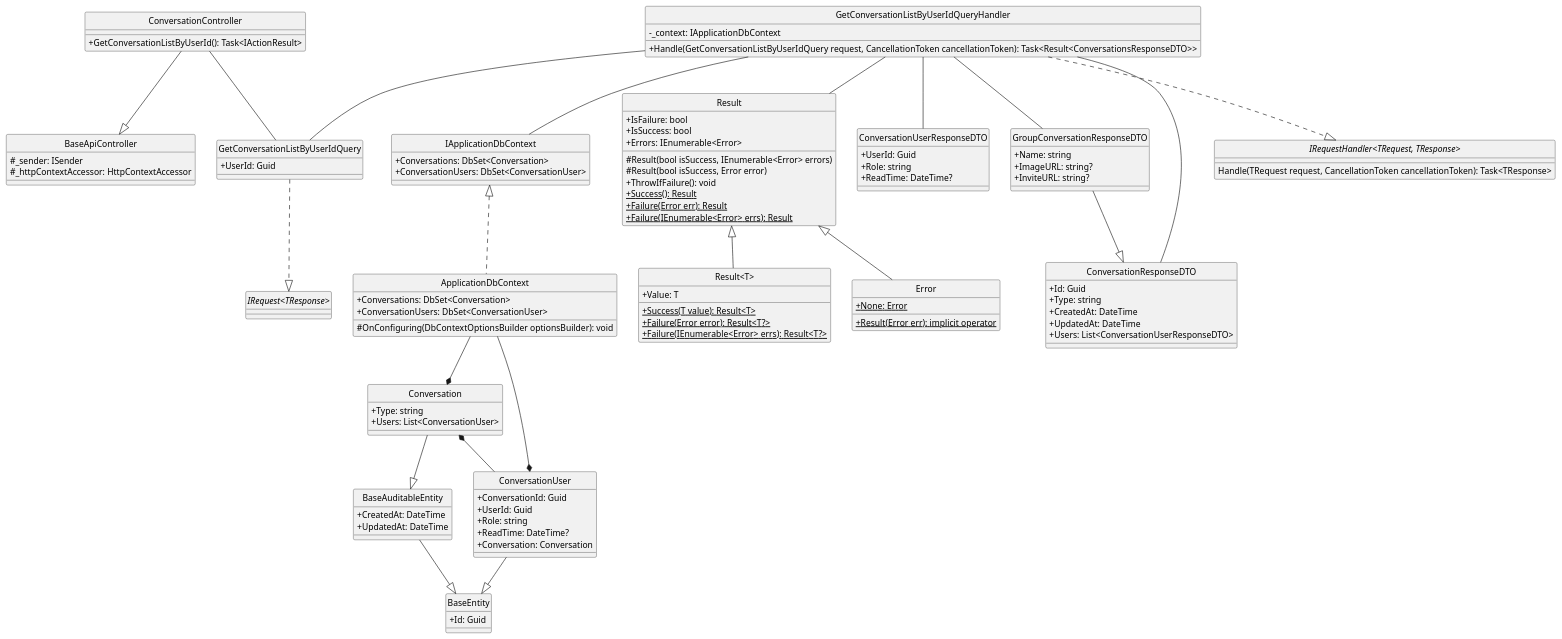
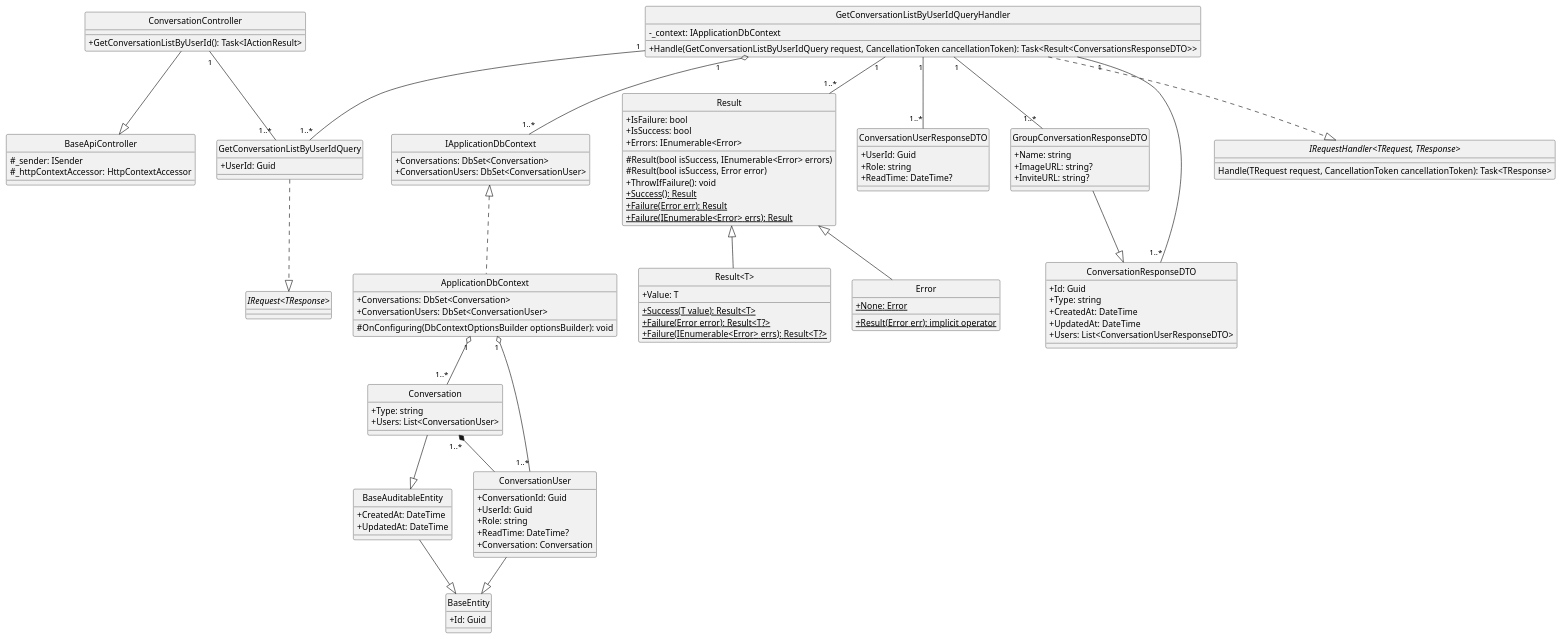
Before and after one commit to Carl-Johnsons/Chat-Application: the diagram in docs/Class Diagram/Conversation/GetConversationListByUserId/ClassDiagram.plantuml, drawn with PlantUML. The commit also changed 5 other files, not shown here.

```diff
--- a/docs/Class Diagram/Conversation/GetConversationListByUserId/ClassDiagram.plantuml
+++ b/docs/Class Diagram/Conversation/GetConversationListByUserId/ClassDiagram.plantuml
@@ -1,130 +1,130 @@
-@startuml getConversationListByUserId
+@startuml
 hide circle
 skinparam classAttributeIconSize 0
 
 class BaseApiController {
     #_sender: ISender
     #_httpContextAccessor: HttpContextAccessor 
 }
 
 class ConversationController {
     +GetConversationListByUserId(): Task<IActionResult>
 }
 
 class GetConversationListByUserIdQuery {
     +UserId: Guid
 }
 
 class GetConversationListByUserIdQueryHandler {
     -_context: IApplicationDbContext
     +Handle(GetConversationListByUserIdQuery request, CancellationToken cancellationToken): Task<Result<ConversationsResponseDTO>>
 }
 
 class IApplicationDbContext {
     +Conversations: DbSet<Conversation>
     +ConversationUsers: DbSet<ConversationUser>
 }
 
 class ApplicationDbContext {
     +Conversations: DbSet<Conversation>
     +ConversationUsers: DbSet<ConversationUser>
     #OnConfiguring(DbContextOptionsBuilder optionsBuilder): void
 }
 
 class Result {
     +IsFailure: bool
     +IsSuccess: bool
     +Errors: IEnumerable<Error>
     #Result(bool isSuccess, IEnumerable<Error> errors)
     #Result(bool isSuccess, Error error)
     +ThrowIfFailure(): void
     +{static} Success(): Result 
     +{static} Failure(Error err): Result
     +{static} Failure(IEnumerable<Error> errs): Result
 }
 
 class "Result<T>" {
     +Value: T
     +{static} Success(T value): Result<T>
     +{static} Failure(Error error): Result<T?>
     +{static} Failure(IEnumerable<Error> errs): Result<T?>
 }
 
 class Error {
     +{static} None: Error
     +{static} Result(Error err): implicit operator
 }
 
 class ConversationUserResponseDTO {
     +UserId: Guid
     +Role: string
     +ReadTime: DateTime?
 }
 
 class GroupConversationResponseDTO {
     +Name: string
     +ImageURL: string? 
     +InviteURL: string? 
 }
 
 class ConversationResponseDTO {
     +Id: Guid
     +Type: string
     +CreatedAt: DateTime 
     +UpdatedAt: DateTime
     +Users: List<ConversationUserResponseDTO>
 }
 
 class BaseEntity {
     +Id: Guid
 }
 
 class BaseAuditableEntity{
     +CreatedAt: DateTime
     +UpdatedAt: DateTime
 }
 
 class Conversation {
     +Type: string
     +Users: List<ConversationUser>
 }
 
 class ConversationUser {
     +ConversationId: Guid
     +UserId: Guid
     +Role: string 
     +ReadTime: DateTime?
     +Conversation: Conversation
 }
 
 interface "IRequest<TResponse>"
 interface "IRequestHandler<TRequest, TResponse>"{
     Handle(TRequest request, CancellationToken cancellationToken): Task<TResponse>
 }
 
 '==== Get Conversation List By User Id ====
 'API Layer
 ConversationController --|> BaseApiController
-ConversationController -- GetConversationListByUserIdQuery
+ConversationController "1" --"1..*" GetConversationListByUserIdQuery
 'Application Layer
 GetConversationListByUserIdQuery ..|> "IRequest<TResponse>"
 GetConversationListByUserIdQueryHandler ..|> "IRequestHandler<TRequest, TResponse>"
-GetConversationListByUserIdQueryHandler -- GetConversationListByUserIdQuery
-GetConversationListByUserIdQueryHandler -- Result
-GetConversationListByUserIdQueryHandler -- IApplicationDbContext
-GetConversationListByUserIdQueryHandler -- ConversationUserResponseDTO
-GetConversationListByUserIdQueryHandler -- ConversationResponseDTO
-GetConversationListByUserIdQueryHandler -- GroupConversationResponseDTO
+GetConversationListByUserIdQueryHandler "1" --"1..*" GetConversationListByUserIdQuery
+GetConversationListByUserIdQueryHandler "1" --"1..*" Result
+GetConversationListByUserIdQueryHandler "1" o--"1..*" IApplicationDbContext
+GetConversationListByUserIdQueryHandler "1" --"1..*" ConversationUserResponseDTO
+GetConversationListByUserIdQueryHandler "1" --"1..*" ConversationResponseDTO
+GetConversationListByUserIdQueryHandler "1" --"1..*" GroupConversationResponseDTO
 'Domain Layer
 GroupConversationResponseDTO --|> ConversationResponseDTO
 Result <|-- Error
 Result <|-- "Result<T>"
 ConversationUser --|> BaseEntity
 Conversation --|> BaseAuditableEntity
-Conversation *-- ConversationUser
+Conversation "1..*"*-- ConversationUser
 BaseAuditableEntity --|>BaseEntity
 'Infrastructure Layer
 IApplicationDbContext <|.. ApplicationDbContext
-ApplicationDbContext --* ConversationUser
-ApplicationDbContext --* Conversation
+ApplicationDbContext "1" o--"1..*" ConversationUser
+ApplicationDbContext "1" o--"1..*" Conversation
 @enduml
```
